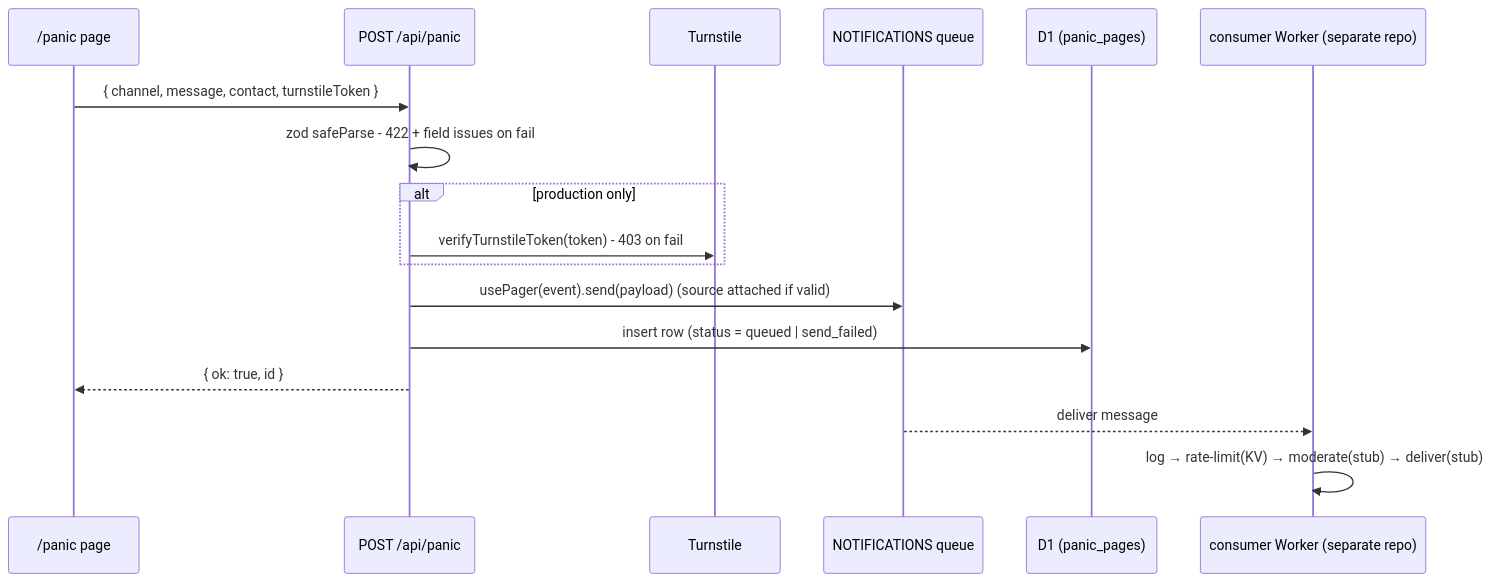
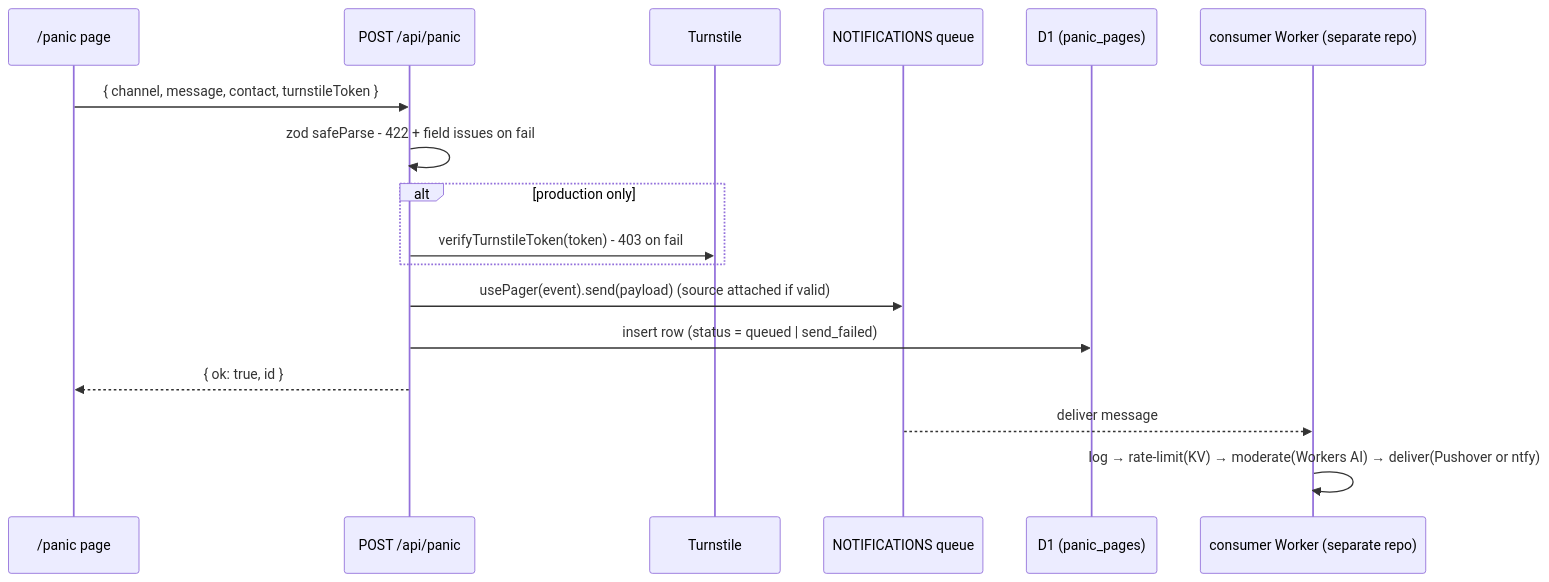
The third of 4 diagrams in APP.md (synmux/syn-horse), drawn with Mermaid before and after one commit. The commit also changed other lines of this file and 4 other files, not shown here.

````diff
--- a/APP.md
+++ b/APP.md
@@ -370,20 +373,20 @@
 ```mermaid
 sequenceDiagram
   participant U as /panic page
   participant A as POST /api/panic
   participant T as Turnstile
   participant Q as NOTIFICATIONS queue
   participant D as D1 (panic_pages)
   participant C as consumer Worker (separate repo)
 
   U->>A: { channel, message, contact, turnstileToken }
   A->>A: zod safeParse - 422 + field issues on fail
   alt production only
     A->>T: verifyTurnstileToken(token) - 403 on fail
   end
   A->>Q: usePager(event).send(payload)  (source attached if valid)
   A->>D: insert row (status = queued | send_failed)
   A-->>U: { ok: true, id }
   Q-->>C: deliver message
-  C->>C: log → rate-limit(KV) → moderate(stub) → deliver(stub)
+  C->>C: log → rate-limit(KV) → moderate(Workers AI) → deliver(Pushover or ntfy)
 ```
````
